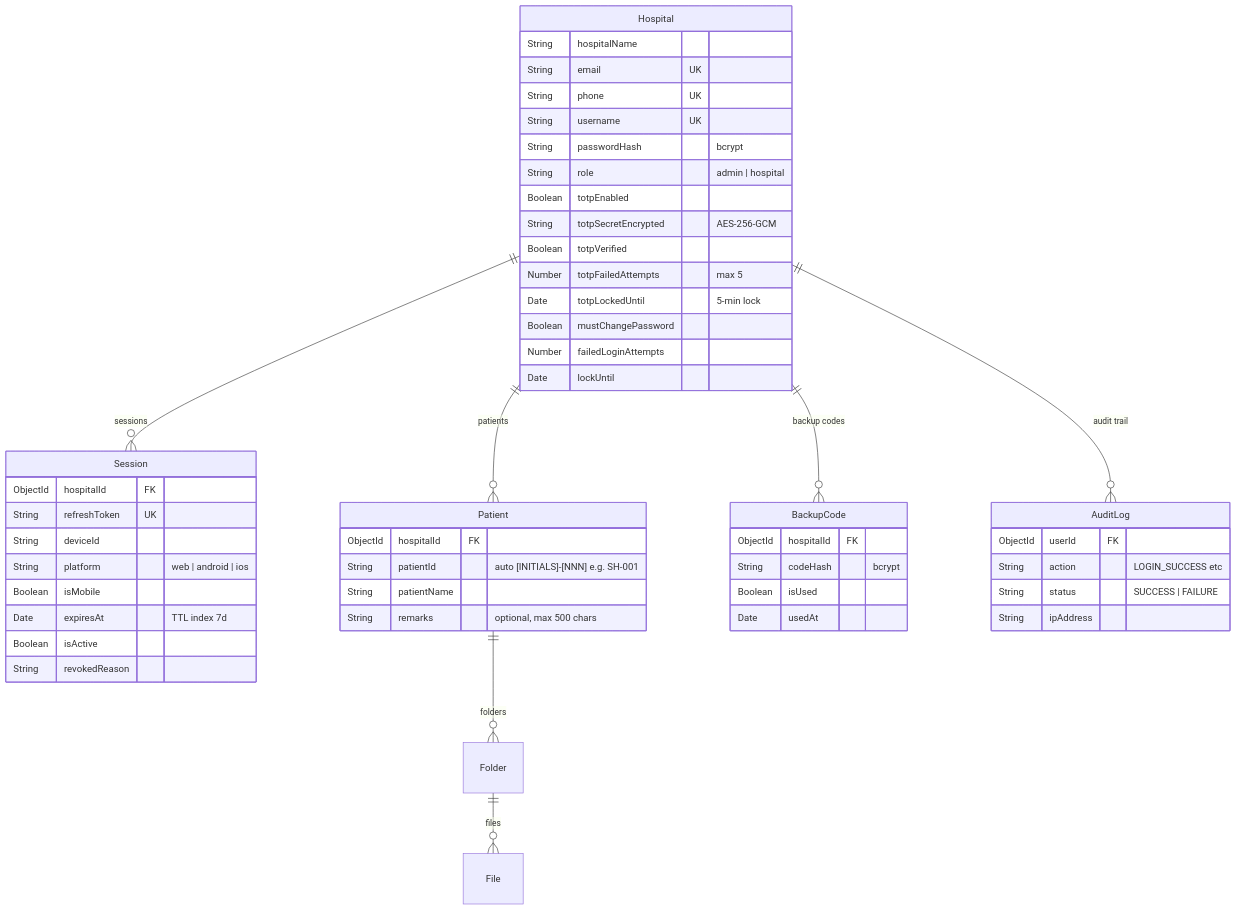
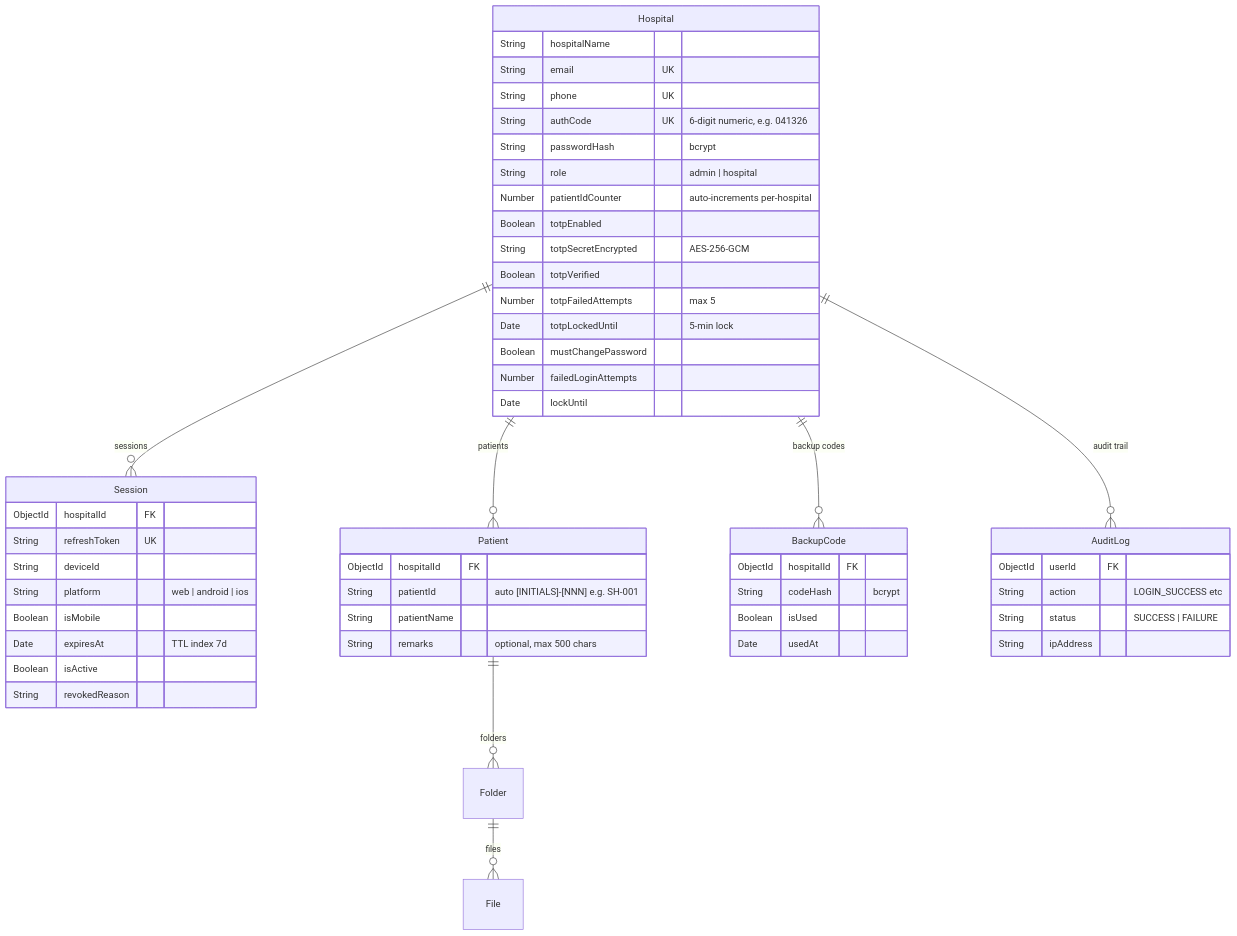
The fourth of 6 diagrams in backend/README.md (urvagandhi/Hospital-Management), drawn with Mermaid before and after one commit. The commit also changed other lines of this file and 75 other files, not shown here.

````diff
--- a/backend/README.md
+++ b/backend/README.md
@@ -220,58 +245,59 @@
 ```mermaid
 erDiagram
     Hospital ||--o{ Session : "sessions"
     Hospital ||--o{ Patient : "patients"
     Hospital ||--o{ BackupCode : "backup codes"
     Hospital ||--o{ AuditLog : "audit trail"
     Patient ||--o{ Folder : "folders"
     Folder ||--o{ File : "files"
 
     Hospital {
         String hospitalName
         String email UK
         String phone UK
-        String username UK
+        String authCode UK "6-digit numeric, e.g. 041326"
         String passwordHash "bcrypt"
         String role "admin | hospital"
+        Number patientIdCounter "auto-increments per-hospital"
         Boolean totpEnabled
         String totpSecretEncrypted "AES-256-GCM"
         Boolean totpVerified
         Number totpFailedAttempts "max 5"
         Date totpLockedUntil "5-min lock"
         Boolean mustChangePassword
         Number failedLoginAttempts
         Date lockUntil
     }
 
     Session {
         ObjectId hospitalId FK
         String refreshToken UK
         String deviceId
         String platform "web | android | ios"
         Boolean isMobile
         Date expiresAt "TTL index 7d"
         Boolean isActive
         String revokedReason
     }
 
     Patient {
         ObjectId hospitalId FK
         String patientId "auto [INITIALS]-[NNN] e.g. SH-001"
         String patientName
         String remarks "optional, max 500 chars"
     }
 
     BackupCode {
         ObjectId hospitalId FK
         String codeHash "bcrypt"
         Boolean isUsed
         Date usedAt
     }
 
     AuditLog {
         ObjectId userId FK
         String action "LOGIN_SUCCESS etc"
         String status "SUCCESS | FAILURE"
         String ipAddress
     }
 ```
````
